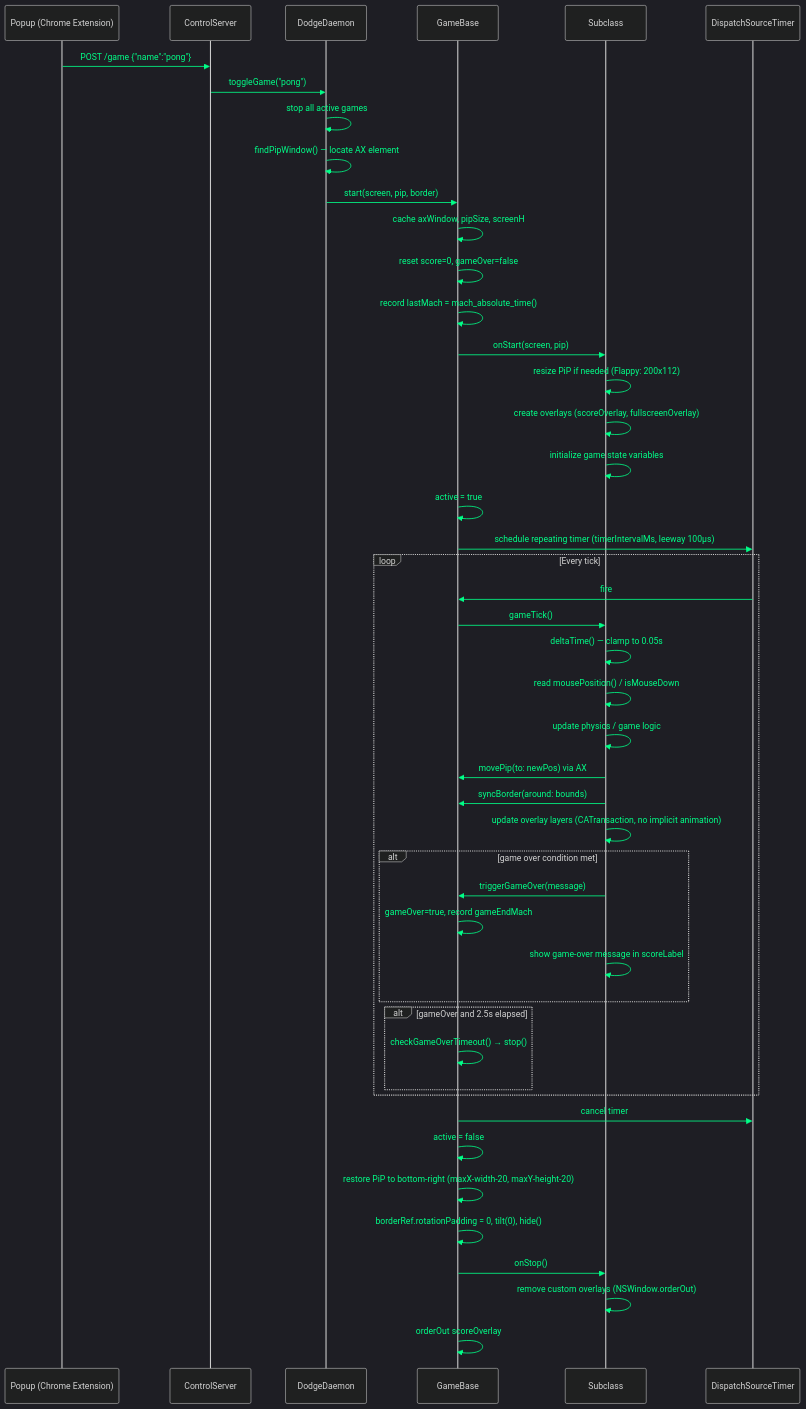
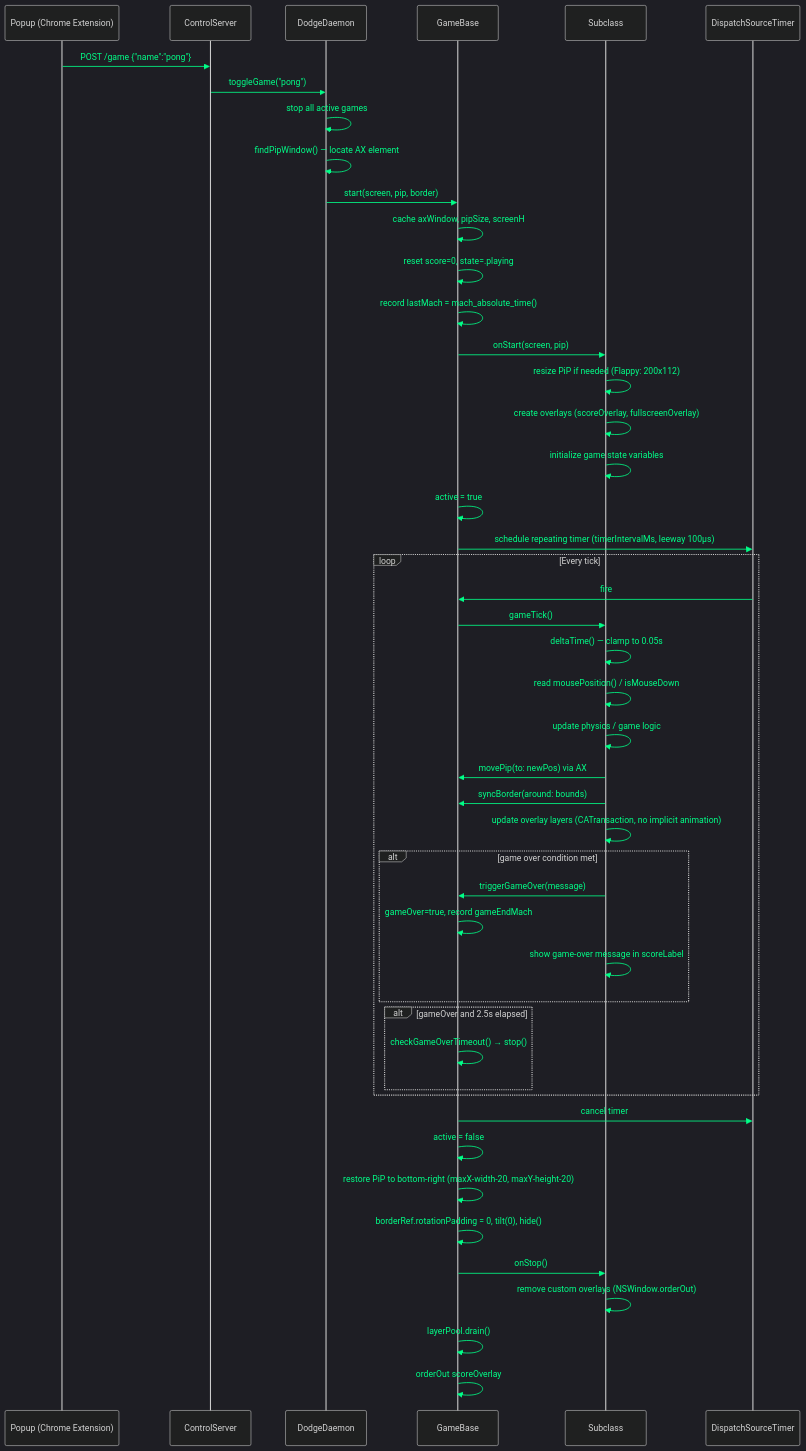
Before and after one commit to colours93/pipbounce: the second of 18 diagrams in docs/GAME-ENGINE.md, drawn with Mermaid. The commit also changed other lines of this file and 43 other files, not shown here.

````diff
--- a/docs/GAME-ENGINE.md
+++ b/docs/GAME-ENGINE.md
@@ -184,50 +220,51 @@
 ```mermaid
 %%{init: {'theme': 'dark', 'themeVariables': {'primaryColor': '#0a2540', 'primaryTextColor': '#00fff5', 'primaryBorderColor': '#00fff5', 'lineColor': '#b44dff', 'activationBorderColor': '#00fff5', 'activationBkgColor': '#0a2540', 'signalColor': '#00ff88', 'signalTextColor': '#00ff88', 'noteBkgColor': '#1a0a3e', 'noteTextColor': '#b44dff', 'edgeLabelBackground': '#111'}}}%%
 sequenceDiagram
     participant P as Popup (Chrome Extension)
     participant CS as ControlServer
     participant DD as DodgeDaemon
     participant GB as GameBase
     participant SC as Subclass
     participant T as DispatchSourceTimer
 
     P->>CS: POST /game {"name":"pong"}
     CS->>DD: toggleGame("pong")
     DD->>DD: stop all active games
     DD->>DD: findPipWindow() — locate AX element
     DD->>GB: start(screen, pip, border)
     GB->>GB: cache axWindow, pipSize, screenH
-    GB->>GB: reset score=0, gameOver=false
+    GB->>GB: reset score=0, state=.playing
     GB->>GB: record lastMach = mach_absolute_time()
     GB->>SC: onStart(screen, pip)
     SC->>SC: resize PiP if needed (Flappy: 200x112)
     SC->>SC: create overlays (scoreOverlay, fullscreenOverlay)
     SC->>SC: initialize game state variables
     GB->>GB: active = true
     GB->>T: schedule repeating timer (timerIntervalMs, leeway 100µs)
     loop Every tick
         T->>GB: fire
         GB->>SC: gameTick()
         SC->>SC: deltaTime() — clamp to 0.05s
         SC->>SC: read mousePosition() / isMouseDown
         SC->>SC: update physics / game logic
         SC->>GB: movePip(to: newPos) via AX
         SC->>GB: syncBorder(around: bounds)
         SC->>SC: update overlay layers (CATransaction, no implicit animation)
         alt game over condition met
             SC->>GB: triggerGameOver(message)
             GB->>GB: gameOver=true, record gameEndMach
             SC->>SC: show game-over message in scoreLabel
         end
         alt gameOver and 2.5s elapsed
             GB->>GB: checkGameOverTimeout() → stop()
         end
     end
     GB->>T: cancel timer
     GB->>GB: active = false
     GB->>GB: restore PiP to bottom-right (maxX-width-20, maxY-height-20)
     GB->>GB: borderRef.rotationPadding = 0, tilt(0), hide()
     GB->>SC: onStop()
     SC->>SC: remove custom overlays (NSWindow.orderOut)
+    GB->>GB: layerPool.drain()
     GB->>GB: orderOut scoreOverlay
 ```
````
